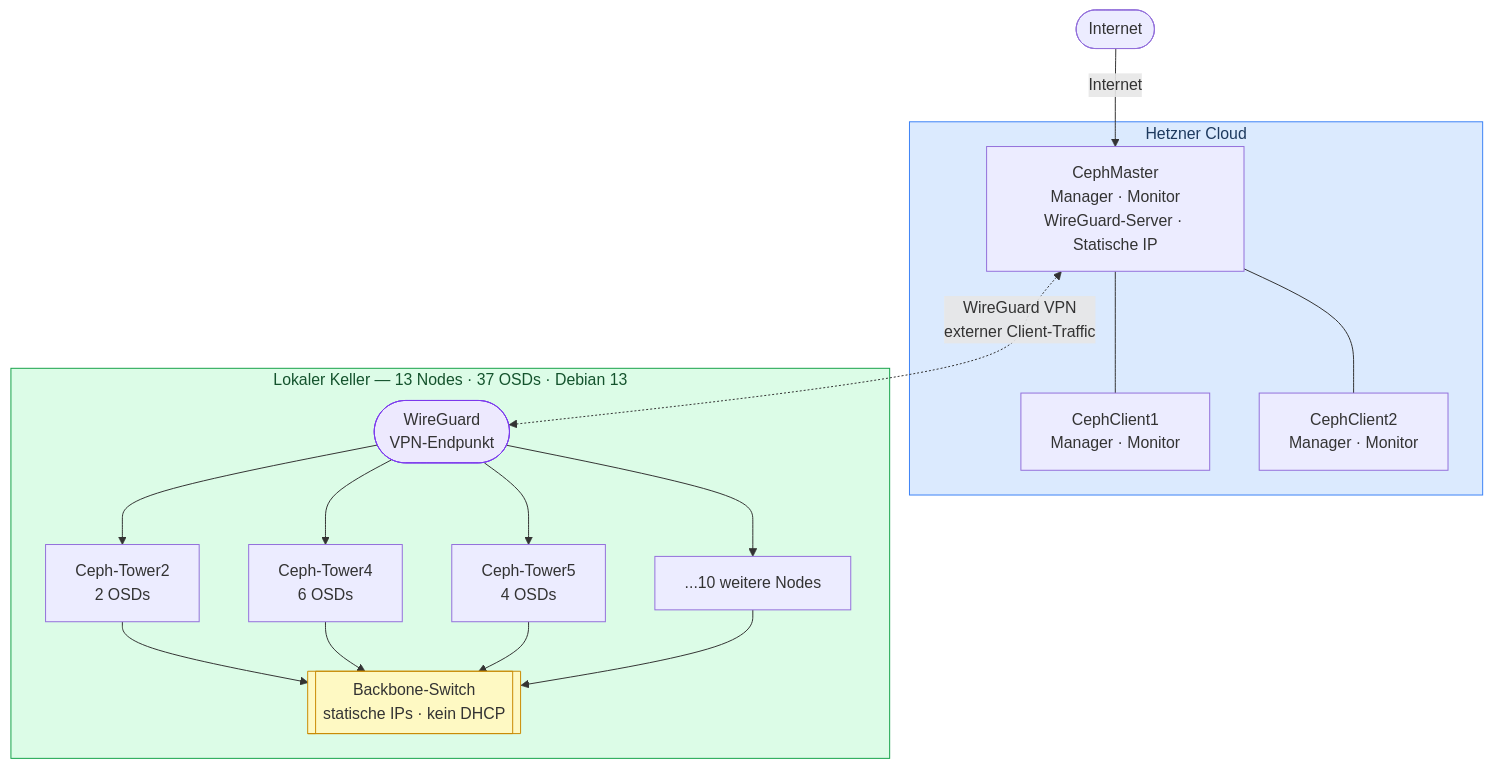
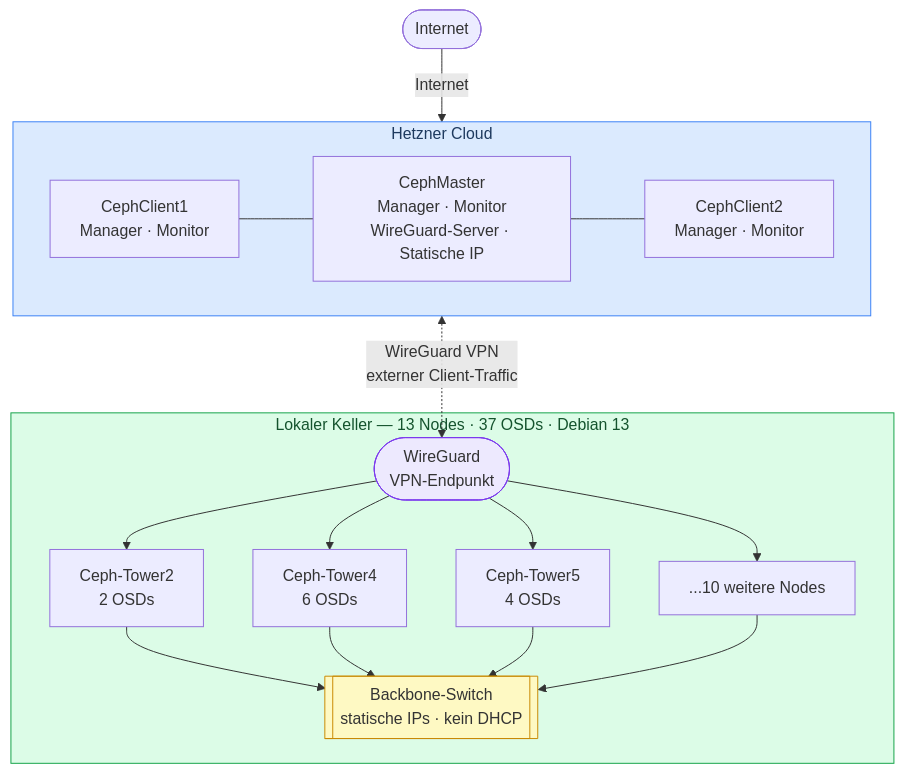
One commit to PhilippTheServer/ceph-cluster-on-a-budget changed the diagram in README.md. Above: the diagram before and after it, drawn with Mermaid.

Commit message:
docs(README): rework network diagram order

````diff
--- a/README.md
+++ b/README.md
@@ -85,31 +85,31 @@
 ```mermaid
 flowchart TB
     EXT(["Internet"])
 
     subgraph CLOUD["Hetzner Cloud"]
+        direction LR
+        CC1["CephClient1\nManager · Monitor"]
         CM["CephMaster\nManager · Monitor\nWireGuard-Server · Statische IP"]
-        CC1["CephClient1\nManager · Monitor"]
         CC2["CephClient2\nManager · Monitor"]
-        CM --- CC1
-        CM --- CC2
+        CC1 --- CM --- CC2
     end
 
     subgraph KELLER["Lokaler Keller  —  13 Nodes · 37 OSDs · Debian 13"]
         WG(["WireGuard\nVPN-Endpunkt"])
         N1["Ceph-Tower2\n2 OSDs"]
         N2["Ceph-Tower4\n6 OSDs"]
         N3["Ceph-Tower5\n4 OSDs"]
         NX["...10 weitere Nodes"]
         SW[["Backbone-Switch\nstatische IPs · kein DHCP"]]
         WG --> N1 & N2 & N3 & NX
         N1 & N2 & N3 & NX --> SW
     end
 
     EXT -->|"Internet"| CM
     CM <-.->|"WireGuard VPN\nexterner Client-Traffic"| WG
 
     style CLOUD fill:#dbeafe,stroke:#3b82f6,color:#1e3a5f
     style KELLER fill:#dcfce7,stroke:#16a34a,color:#14532d
     style WG    fill:#ede9fe,stroke:#7c3aed
     style SW    fill:#fef9c3,stroke:#ca8a04
 ```
````
